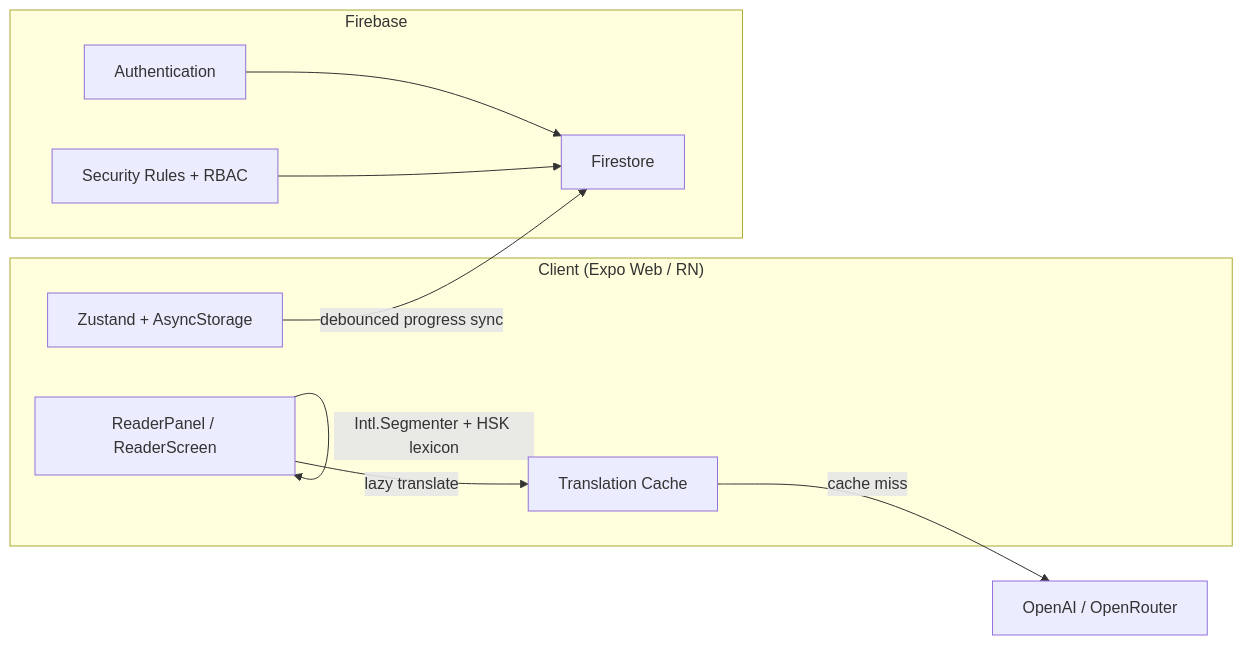
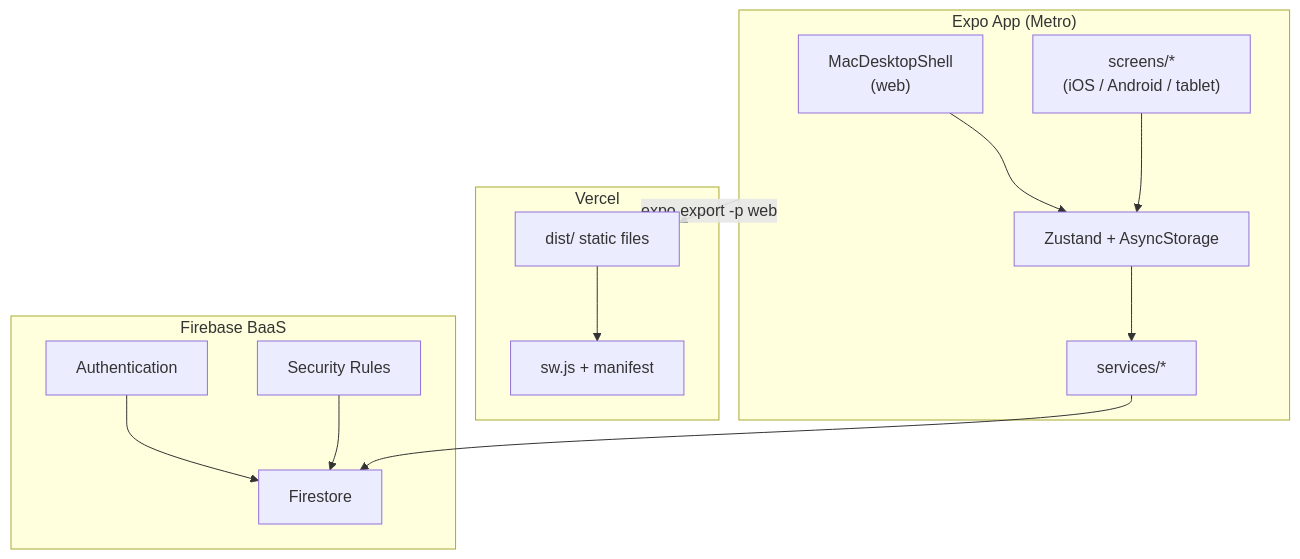
One commit to KariHoran/languageeee changed the diagram in README.md. Above: the diagram before and after it, drawn with Mermaid. The commit also changed other lines of this file, not shown here.

Commit message:
docs: rewrite README to reflect actual Expo/RN stack

````diff
--- a/README.md
+++ b/README.md
@@ -124,21 +154,29 @@
 ```mermaid
-flowchart LR
-  subgraph Client["Client (Expo Web / RN)"]
-    Reader["ReaderPanel / ReaderScreen"]
+flowchart TB
+  subgraph Expo["Expo App (Metro)"]
+    Web["MacDesktopShell\n(web)"]
+    Native["screens/*\n(iOS / Android / tablet)"]
     Store["Zustand + AsyncStorage"]
-    Cache["Translation Cache"]
+    Services["services/*"]
   end
 
-  subgraph Firebase["Firebase"]
+  subgraph Deploy["Vercel"]
+    Static["dist/ static files"]
+    SW["sw.js + manifest"]
+  end
+
+  subgraph Firebase["Firebase BaaS"]
     Auth["Authentication"]
     FS["Firestore"]
-    Rules["Security Rules + RBAC"]
+    Rules["Security Rules"]
   end
 
-  Reader -->|"Intl.Segmenter + HSK lexicon"| Reader
-  Reader -->|"lazy translate"| Cache
-  Cache -->|"cache miss"| API["OpenAI / OpenRouter"]
-  Store -->|"debounced progress sync"| FS
+  Web --> Store
+  Native --> Store
+  Store --> Services
+  Services --> FS
   Auth --> FS
   Rules --> FS
+  Expo -->|"expo export -p web"| Static
+  Static --> SW
 ```
````
